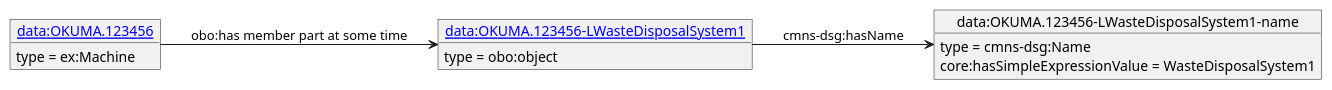
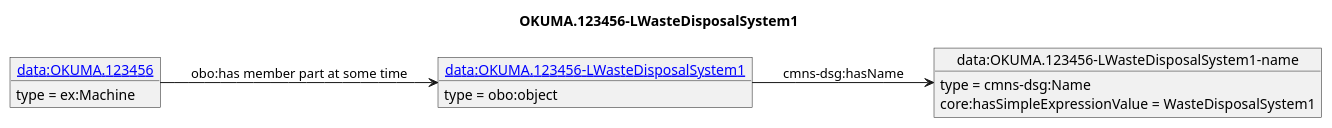
Before and after one commit to iofoundry/example-syseng-mtconnect: the diagram in diagrams/OKUMA.123456-LWasteDisposalSystem1.puml, drawn with PlantUML. The commit also changed 140 other files, not shown here.

```diff
--- a/diagrams/OKUMA.123456-LWasteDisposalSystem1.puml
+++ b/diagrams/OKUMA.123456-LWasteDisposalSystem1.puml
@@ -1,16 +1,17 @@
 @startuml
 skinparam linetype polyline
 left to right direction
+title OKUMA.123456-LWasteDisposalSystem1
 object "[[./OKUMA.123456-LWasteDisposalSystem1.html data:OKUMA.123456-LWasteDisposalSystem1]]" as o1 {
  type = obo:object
  }
 object "data:OKUMA.123456-LWasteDisposalSystem1-name" as o2 {
  type = cmns-dsg:Name
  }
 object "[[./OKUMA.123456.html data:OKUMA.123456]]" as o3 {
  type = ex:Machine
  }
 o1 --> o2 : cmns-dsg:hasName
 o2 : core:hasSimpleExpressionValue = WasteDisposalSystem1
 o3 --> o1 : obo:has member part at some time
 @enduml
```
